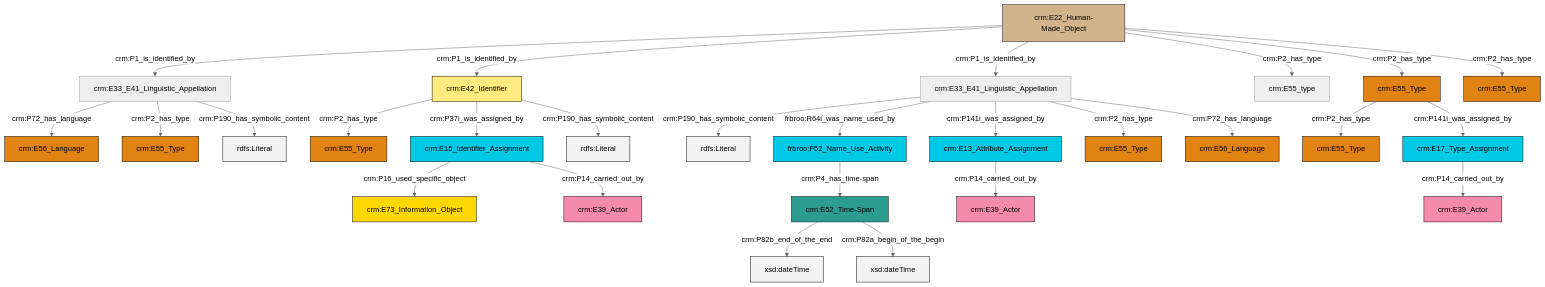
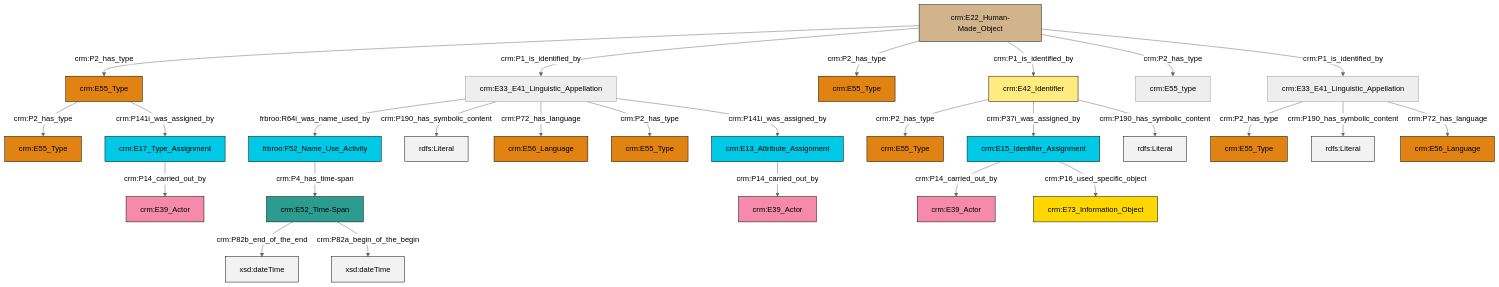
One commit to swiss-art-research-net/reference-data-models changed the diagram in et/builtWorkCSV/ttl/mmd/Built_Work_Names.ttl.mmd. Above: the diagram before and after it, drawn with Mermaid (neutral theme). The commit also changed 125 other files, not shown here.

```diff
--- a/et/builtWorkCSV/ttl/mmd/Built_Work_Names.ttl.mmd
+++ b/et/builtWorkCSV/ttl/mmd/Built_Work_Names.ttl.mmd
@@ -1,41 +1,41 @@
 graph TD
 classDef Literal fill:#f2f2f2,stroke:#000000;
 classDef CRM_Entity fill:#FFFFFF,stroke:#000000;
 classDef Temporal_Entity fill:#00C9E6, stroke:#000000;
 classDef Type fill:#E18312, stroke:#000000;
 classDef Time-Span fill:#2C9C91, stroke:#000000;
 classDef Appellation fill:#FFEB7F, stroke:#000000;
 classDef Place fill:#008836, stroke:#000000;
 classDef Persistent_Item fill:#B266B2, stroke:#000000;
 classDef Conceptual_Object fill:#FFD700, stroke:#000000;
 classDef Physical_Thing fill:#D2B48C, stroke:#000000;
 classDef Actor fill:#f58aad, stroke:#000000;
 classDef PC_Classes fill:#4ce600, stroke:#000000;
 classDef Multi fill:#cccccc,stroke:#000000;
 
-0["crm:E33_E41_Linguistic_Appellation"]:::Default -->|crm:P190_has_symbolic_content| 1[rdfs:Literal]:::Literal
-4["crm:E22_Human-Made_Object"]:::Physical_Thing -->|crm:P1_is_identified_by| 5["crm:E33_E41_Linguistic_Appellation"]:::Default
-5["crm:E33_E41_Linguistic_Appellation"]:::Default -->|crm:P72_has_language| 12["crm:E56_Language"]:::Type
-0["crm:E33_E41_Linguistic_Appellation"]:::Default -->|frbroo:R64i_was_name_used_by| 13["frbroo:F52_Name_Use_Activity"]:::Temporal_Entity
-4["crm:E22_Human-Made_Object"]:::Physical_Thing -->|crm:P1_is_identified_by| 10["crm:E42_Identifier"]:::Appellation
-5["crm:E33_E41_Linguistic_Appellation"]:::Default -->|crm:P2_has_type| 14["crm:E55_Type"]:::Type
-4["crm:E22_Human-Made_Object"]:::Physical_Thing -->|crm:P1_is_identified_by| 0["crm:E33_E41_Linguistic_Appellation"]:::Default
-21["crm:E55_Type"]:::Type -->|crm:P2_has_type| 17["crm:E55_Type"]:::Type
-22["crm:E52_Time-Span"]:::Time-Span -->|crm:P82b_end_of_the_end| 23[xsd:dateTime]:::Literal
-0["crm:E33_E41_Linguistic_Appellation"]:::Default -->|crm:P141i_was_assigned_by| 27["crm:E13_Attribute_Assignment"]:::Temporal_Entity
-21["crm:E55_Type"]:::Type -->|crm:P141i_was_assigned_by| 15["crm:E17_Type_Assignment"]:::Temporal_Entity
-10["crm:E42_Identifier"]:::Appellation -->|crm:P2_has_type| 6["crm:E55_Type"]:::Type
-15["crm:E17_Type_Assignment"]:::Temporal_Entity -->|crm:P14_carried_out_by| 35["crm:E39_Actor"]:::Actor
-38["crm:E15_Identifier_Assignment"]:::Temporal_Entity -->|crm:P16_used_specific_object| 19["crm:E73_Information_Object"]:::Conceptual_Object
-10["crm:E42_Identifier"]:::Appellation -->|crm:P37i_was_assigned_by| 38["crm:E15_Identifier_Assignment"]:::Temporal_Entity
-27["crm:E13_Attribute_Assignment"]:::Temporal_Entity -->|crm:P14_carried_out_by| 40["crm:E39_Actor"]:::Actor
-38["crm:E15_Identifier_Assignment"]:::Temporal_Entity -->|crm:P14_carried_out_by| 2["crm:E39_Actor"]:::Actor
-5["crm:E33_E41_Linguistic_Appellation"]:::Default -->|crm:P190_has_symbolic_content| 41[rdfs:Literal]:::Literal
-13["frbroo:F52_Name_Use_Activity"]:::Temporal_Entity -->|crm:P4_has_time-span| 22["crm:E52_Time-Span"]:::Time-Span
-4["crm:E22_Human-Made_Object"]:::Physical_Thing -->|crm:P2_has_type| 25["crm:E55_type"]:::Default
-10["crm:E42_Identifier"]:::Appellation -->|crm:P190_has_symbolic_content| 47[rdfs:Literal]:::Literal
-0["crm:E33_E41_Linguistic_Appellation"]:::Default -->|crm:P2_has_type| 42["crm:E55_Type"]:::Type
-0["crm:E33_E41_Linguistic_Appellation"]:::Default -->|crm:P72_has_language| 8["crm:E56_Language"]:::Type
-4["crm:E22_Human-Made_Object"]:::Physical_Thing -->|crm:P2_has_type| 21["crm:E55_Type"]:::Type
-22["crm:E52_Time-Span"]:::Time-Span -->|crm:P82a_begin_of_the_begin| 48[xsd:dateTime]:::Literal
-4["crm:E22_Human-Made_Object"]:::Physical_Thing -->|crm:P2_has_type| 36["crm:E55_Type"]:::Type
+0["crm:E42_Identifier"]:::Appellation -->|crm:P2_has_type| 1["crm:E55_Type"]:::Type
+2["crm:E22_Human-Made_Object"]:::Physical_Thing -->|crm:P2_has_type| 3["crm:E55_Type"]:::Type
+4["crm:E33_E41_Linguistic_Appellation"]:::Default -->|crm:P2_has_type| 5["crm:E55_Type"]:::Type
+6["crm:E33_E41_Linguistic_Appellation"]:::Default -->|frbroo:R64i_was_name_used_by| 7["frbroo:F52_Name_Use_Activity"]:::Temporal_Entity
+6["crm:E33_E41_Linguistic_Appellation"]:::Default -->|crm:P190_has_symbolic_content| 10[rdfs:Literal]:::Literal
+2["crm:E22_Human-Made_Object"]:::Physical_Thing -->|crm:P1_is_identified_by| 6["crm:E33_E41_Linguistic_Appellation"]:::Default
+11["crm:E13_Attribute_Assignment"]:::Temporal_Entity -->|crm:P14_carried_out_by| 12["crm:E39_Actor"]:::Actor
+13["crm:E17_Type_Assignment"]:::Temporal_Entity -->|crm:P14_carried_out_by| 15["crm:E39_Actor"]:::Actor
+2["crm:E22_Human-Made_Object"]:::Physical_Thing -->|crm:P2_has_type| 17["crm:E55_Type"]:::Type
+24["crm:E15_Identifier_Assignment"]:::Temporal_Entity -->|crm:P14_carried_out_by| 25["crm:E39_Actor"]:::Actor
+2["crm:E22_Human-Made_Object"]:::Physical_Thing -->|crm:P1_is_identified_by| 0["crm:E42_Identifier"]:::Appellation
+3["crm:E55_Type"]:::Type -->|crm:P2_has_type| 8["crm:E55_Type"]:::Type
+6["crm:E33_E41_Linguistic_Appellation"]:::Default -->|crm:P72_has_language| 32["crm:E56_Language"]:::Type
+6["crm:E33_E41_Linguistic_Appellation"]:::Default -->|crm:P2_has_type| 19["crm:E55_Type"]:::Type
+3["crm:E55_Type"]:::Type -->|crm:P141i_was_assigned_by| 13["crm:E17_Type_Assignment"]:::Temporal_Entity
+2["crm:E22_Human-Made_Object"]:::Physical_Thing -->|crm:P2_has_type| 33["crm:E55_type"]:::Default
+0["crm:E42_Identifier"]:::Appellation -->|crm:P37i_was_assigned_by| 24["crm:E15_Identifier_Assignment"]:::Temporal_Entity
+7["frbroo:F52_Name_Use_Activity"]:::Temporal_Entity -->|crm:P4_has_time-span| 38["crm:E52_Time-Span"]:::Time-Span
+0["crm:E42_Identifier"]:::Appellation -->|crm:P190_has_symbolic_content| 43[rdfs:Literal]:::Literal
+6["crm:E33_E41_Linguistic_Appellation"]:::Default -->|crm:P141i_was_assigned_by| 11["crm:E13_Attribute_Assignment"]:::Temporal_Entity
+4["crm:E33_E41_Linguistic_Appellation"]:::Default -->|crm:P190_has_symbolic_content| 44[rdfs:Literal]:::Literal
+38["crm:E52_Time-Span"]:::Time-Span -->|crm:P82b_end_of_the_end| 45[xsd:dateTime]:::Literal
+24["crm:E15_Identifier_Assignment"]:::Temporal_Entity -->|crm:P16_used_specific_object| 29["crm:E73_Information_Object"]:::Conceptual_Object
+38["crm:E52_Time-Span"]:::Time-Span -->|crm:P82a_begin_of_the_begin| 48[xsd:dateTime]:::Literal
+2["crm:E22_Human-Made_Object"]:::Physical_Thing -->|crm:P1_is_identified_by| 4["crm:E33_E41_Linguistic_Appellation"]:::Default
+4["crm:E33_E41_Linguistic_Appellation"]:::Default -->|crm:P72_has_language| 39["crm:E56_Language"]:::Type
```
